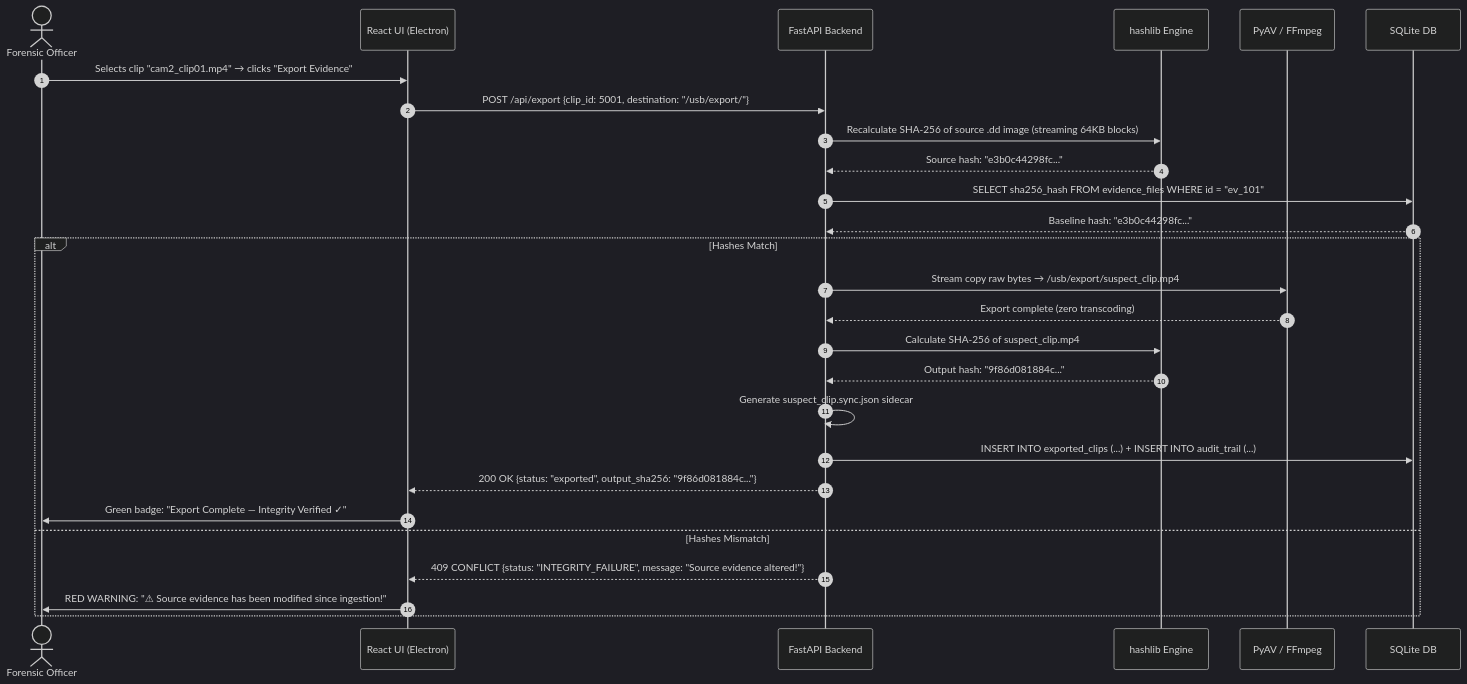
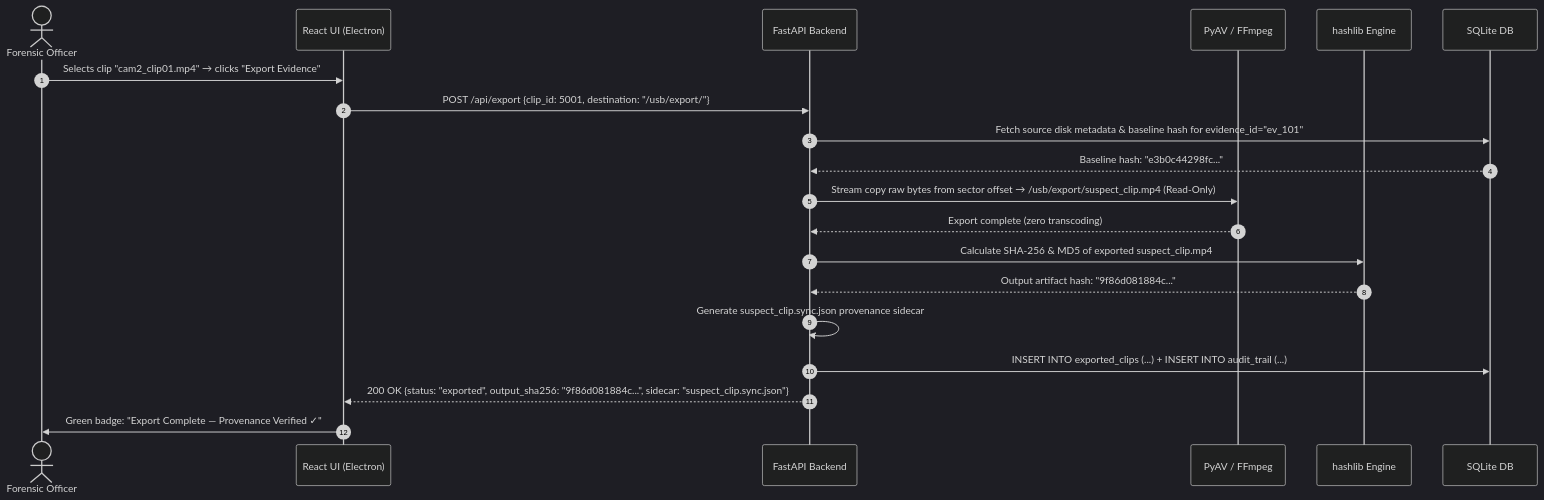
Before and after one commit to rehanhalai/locus-docs: the diagram in MVP/features/evidence-hashing/evidence-hashing.md, drawn with Mermaid (dark theme). The commit also changed other lines of this file and 20 other files, not shown here.

````diff
--- a/MVP/features/evidence-hashing/evidence-hashing.md
+++ b/MVP/features/evidence-hashing/evidence-hashing.md
@@ -199,30 +190,23 @@
 ```mermaid
 sequenceDiagram
     autonumber
     actor Officer as Forensic Officer
     participant UI as React UI (Electron)
     participant API as FastAPI Backend
+    participant PyAV as PyAV / FFmpeg
     participant Hash as hashlib Engine
-    participant PyAV as PyAV / FFmpeg
     participant DB as SQLite DB
 
     Officer->>UI: Selects clip "cam2_clip01.mp4" → clicks "Export Evidence"
     UI->>API: POST /api/export {clip_id: 5001, destination: "/usb/export/"}
-    API->>Hash: Recalculate SHA-256 of source .dd image (streaming 64KB blocks)
-    Hash-->>API: Source hash: "e3b0c44298fc..."
-    API->>DB: SELECT sha256_hash FROM evidence_files WHERE id = "ev_101"
+    API->>DB: Fetch source disk metadata & baseline hash for evidence_id="ev_101"
     DB-->>API: Baseline hash: "e3b0c44298fc..."
-    alt Hashes Match
-        API->>PyAV: Stream copy raw bytes → /usb/export/suspect_clip.mp4
-        PyAV-->>API: Export complete (zero transcoding)
-        API->>Hash: Calculate SHA-256 of suspect_clip.mp4
-        Hash-->>API: Output hash: "9f86d081884c..."
-        API->>API: Generate suspect_clip.sync.json sidecar
-        API->>DB: INSERT INTO exported_clips (...) + INSERT INTO audit_trail (...)
-        API-->>UI: 200 OK {status: "exported", output_sha256: "9f86d081884c..."}
-        UI->>Officer: Green badge: "Export Complete — Integrity Verified ✓"
-    else Hashes Mismatch
-        API-->>UI: 409 CONFLICT {status: "INTEGRITY_FAILURE", message: "Source evidence altered!"}
-        UI->>Officer: RED WARNING: "⚠ Source evidence has been modified since ingestion!"
-    end
+    API->>PyAV: Stream copy raw bytes from sector offset → /usb/export/suspect_clip.mp4 (Read-Only)
+    PyAV-->>API: Export complete (zero transcoding)
+    API->>Hash: Calculate SHA-256 & MD5 of exported suspect_clip.mp4
+    Hash-->>API: Output artifact hash: "9f86d081884c..."
+    API->>API: Generate suspect_clip.sync.json provenance sidecar
+    API->>DB: INSERT INTO exported_clips (...) + INSERT INTO audit_trail (...)
+    API-->>UI: 200 OK {status: "exported", output_sha256: "9f86d081884c...", sidecar: "suspect_clip.sync.json"}
+    UI->>Officer: Green badge: "Export Complete — Provenance Verified ✓"
 ```
````
